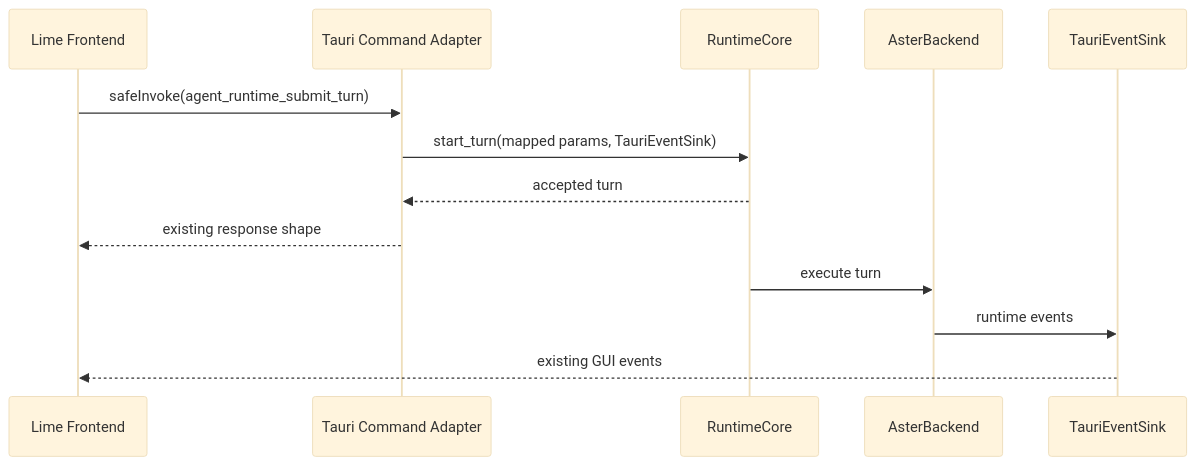
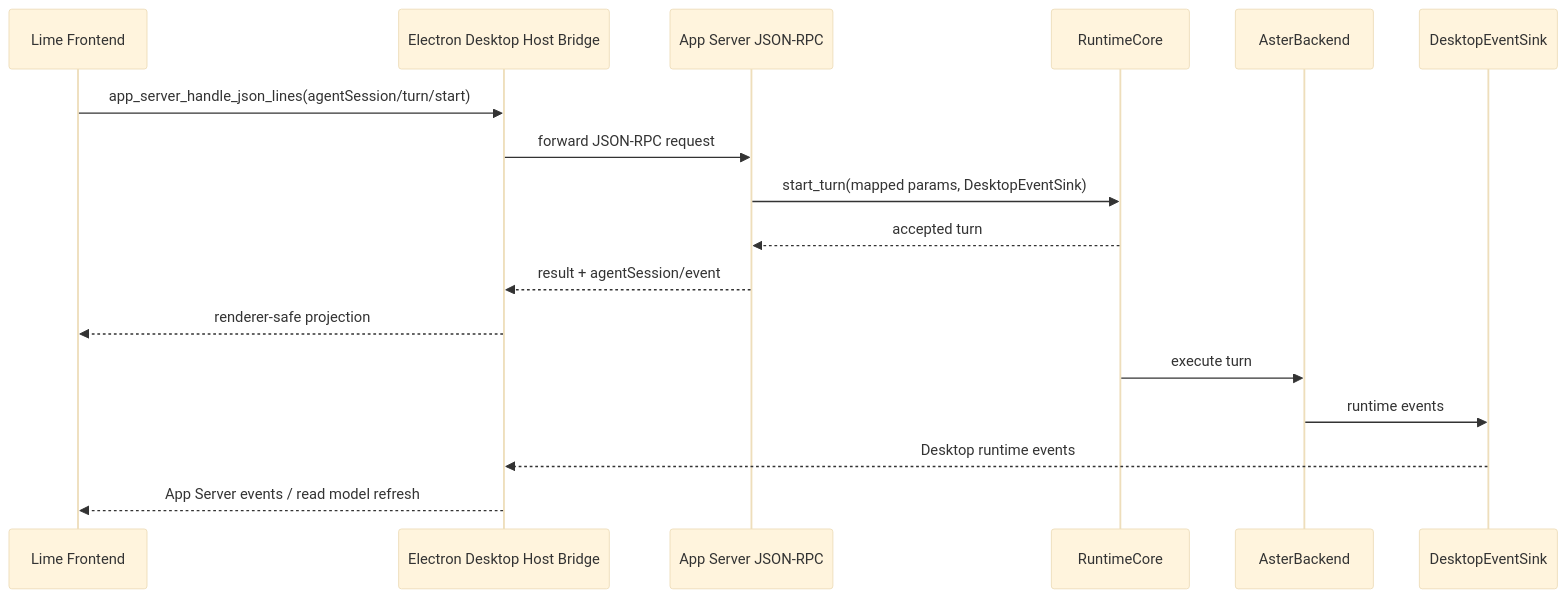
One commit to jiujuan/lime changed the sixth of 9 diagrams in internal/roadmap/appserver/sequences.md. Above: the diagram before and after it, drawn with Mermaid (base theme). The commit also changed other lines of this file and 258 other files, not shown here.

Commit message:
chore: checkpoint app server integration

````diff
--- a/internal/roadmap/appserver/sequences.md
+++ b/internal/roadmap/appserver/sequences.md
@@ -132,16 +132,20 @@
 ```mermaid
 sequenceDiagram
     participant FE as Lime Frontend
-    participant Cmd as Tauri Command Adapter
+    participant Host as Electron Desktop Host Bridge
+    participant Rpc as App Server JSON-RPC
     participant Service as RuntimeCore
     participant Backend as AsterBackend
-    participant Sink as TauriEventSink
+    participant Sink as DesktopEventSink
 
-    FE->>Cmd: safeInvoke(agent_runtime_submit_turn)
-    Cmd->>Service: start_turn(mapped params, TauriEventSink)
-    Service-->>Cmd: accepted turn
-    Cmd-->>FE: existing response shape
+    FE->>Host: app_server_handle_json_lines(agentSession/turn/start)
+    Host->>Rpc: forward JSON-RPC request
+    Rpc->>Service: start_turn(mapped params, DesktopEventSink)
+    Service-->>Rpc: accepted turn
+    Rpc-->>Host: result + agentSession/event
+    Host-->>FE: renderer-safe projection
     Service->>Backend: execute turn
     Backend->>Sink: runtime events
-    Sink-->>FE: existing GUI events
+    Sink-->>Host: Desktop runtime events
+    Host-->>FE: App Server events / read model refresh
 ```
````
